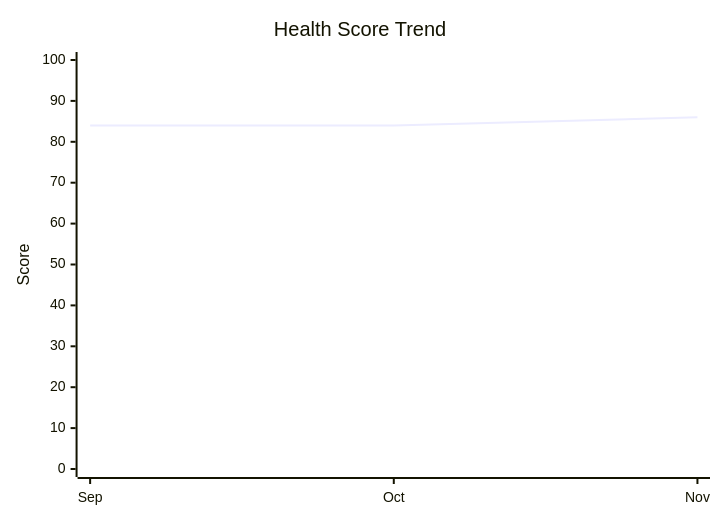
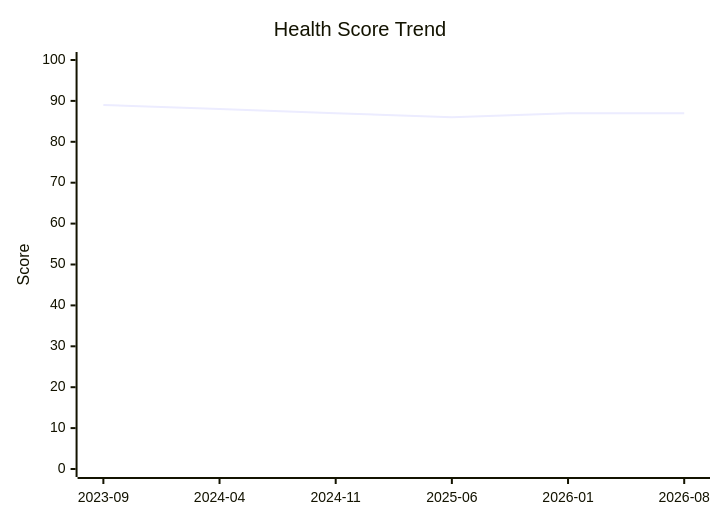
Before and after one commit to panbanda/omen: the second of 4 diagrams in examples/repos/gin-gonic-gin.md, drawn with Mermaid. The commit also changed other lines of this file and 5 other files, not shown here.

````diff
--- a/examples/repos/gin-gonic-gin.md
+++ b/examples/repos/gin-gonic-gin.md
@@ -265,7 +347,7 @@
 ```mermaid
 xychart-beta
     title "Health Score Trend"
-    x-axis ["Sep", "Oct", "Nov"]
+    x-axis ["2023-09", "2024-04", "2024-11", "2025-06", "2026-01", "2026-08"]
     y-axis "Score" 0 --> 100
-    line [84, 84, 86]
+    line [89, 88, 87, 86, 87, 87]
 ```
````
